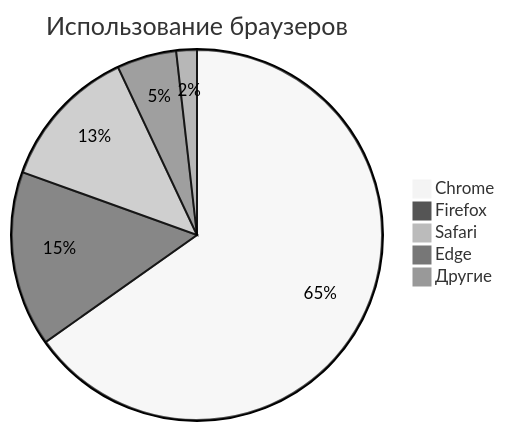
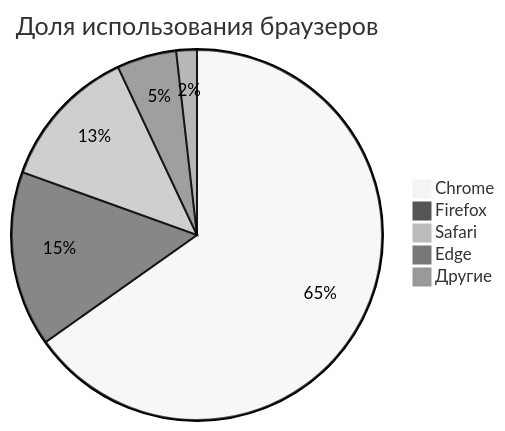
The sixth of 7 diagrams in .czon/src/ru-RU/8938d6aac9c056c06137a041b8e82379bfb619bb6d435b9ecec515337dd0cd69.md (zccz14/CZON), drawn with Mermaid (neutral theme) before and after one commit. The commit also changed other lines of this file and 148 other files, not shown here.

````diff
--- a/.czon/src/ru-RU/8938d6aac9c056c06137a041b8e82379bfb619bb6d435b9ecec515337dd0cd69.md
+++ b/.czon/src/ru-RU/8938d6aac9c056c06137a041b8e82379bfb619bb6d435b9ecec515337dd0cd69.md
@@ -103,8 +102,8 @@
 ```mermaid
-pie title Использование браузеров
+pie title Доля использования браузеров
     "Chrome" : 65.2
     "Firefox" : 15.3
     "Safari" : 12.5
     "Edge" : 5.2
     "Другие" : 1.8
 ```
````
